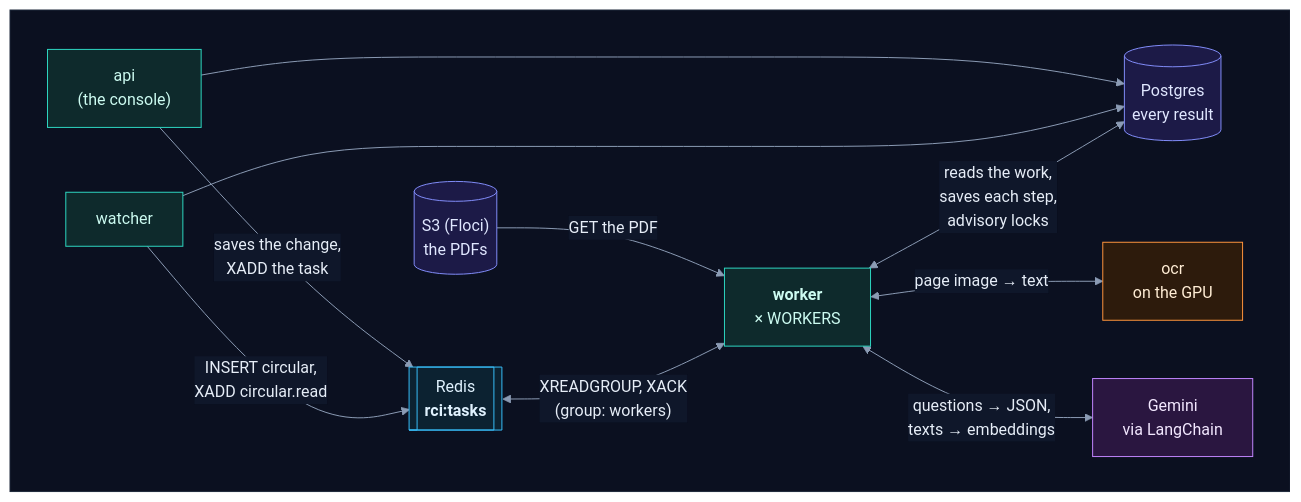
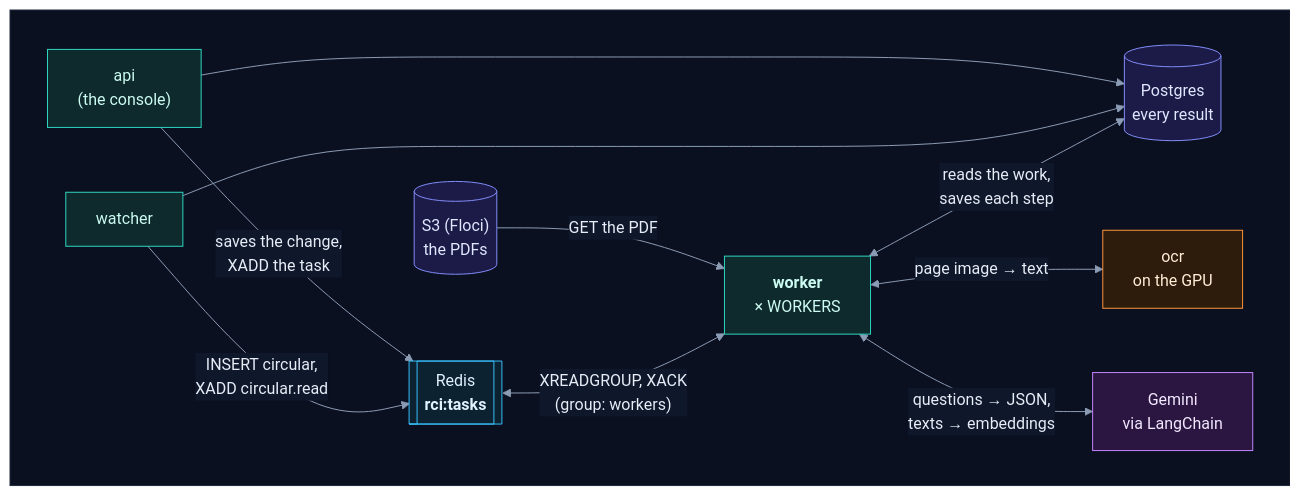
One commit to selvakumarperumal/Regulatory_Circular_Impact_Agent changed the first of 19 diagrams in backend/worker/INTERNALS.md. Above: the diagram before and after it, drawn with Mermaid. The commit also changed other lines of this file and 7 other files, not shown here.

````diff
--- a/backend/worker/INTERNALS.md
+++ b/backend/worker/INTERNALS.md
@@ -48,32 +48,32 @@
 ```mermaid
 %%{init: {"theme": "base", "flowchart": {"diagramPadding": 0}, "themeVariables": {"darkMode": true, "primaryColor": "#16213a", "primaryTextColor": "#e6edf7", "primaryBorderColor": "#475a7a", "lineColor": "#8b9bb4", "secondaryColor": "#1b2436", "tertiaryColor": "#101a2e", "edgeLabelBackground": "#0f172a", "textColor": "#e2e8f0", "clusterBkg": "#0f1728", "clusterBorder": "#2b3a55", "titleColor": "#c4b5fd", "nodeTextColor": "#e6edf7"}}}%%
 flowchart LR
     subgraph canvas[" "]
         direction LR
         watcher["watcher"] -->|"INSERT circular,<br/>XADD circular.read"| Q[["Redis<br/><b>rci:tasks</b>"]]
         api["api<br/>(the console)"] -->|"saves the change,<br/>XADD the task"| Q
         Q <-->|"XREADGROUP, XACK<br/>(group: workers)"| K["<b>worker</b><br/>× WORKERS"]
-        K <-->|"reads the work,<br/>saves each step,<br/>advisory locks"| PG[("Postgres<br/>every result")]
+        K <-->|"reads the work,<br/>saves each step"| PG[("Postgres<br/>every result")]
         watcher --> PG
         api --> PG
         S3[("S3 (Floci)<br/>the PDFs")] -->|"GET the PDF"| K
         K <-->|"page image → text"| O["ocr<br/>on the GPU"]
         K <-->|"questions → JSON,<br/>texts → embeddings"| G["Gemini<br/>via LangChain"]
     end
     classDef svc fill:#0e2a2c,stroke:#2dd4bf,color:#ccfbf1
     classDef data fill:#1c1a47,stroke:#818cf8,color:#e0e7ff
     classDef ext fill:#2a1640,stroke:#c084fc,color:#f3e8ff
     classDef gpu fill:#2d1b0c,stroke:#fb923c,color:#ffedd5
     classDef ask fill:#2a2410,stroke:#fbbf24,color:#fef3c7
     classDef ok fill:#0b2a1c,stroke:#34d399,color:#d1fae5
     classDef bad fill:#2e0f17,stroke:#fb7185,color:#ffe4e6
     classDef start fill:#1c2a0e,stroke:#a7ef6f,color:#ecfccb
     classDef muted fill:#1a2130,stroke:#64748b,color:#cbd5e1
     classDef queue fill:#0c2231,stroke:#38bdf8,color:#e0f2fe
     class watcher,api,K svc
     class Q queue
     class PG,S3 data
     class O gpu
     class G ext
     style canvas fill:#0b1020,stroke:#1e293b,color:#0b1020
 ```
````
